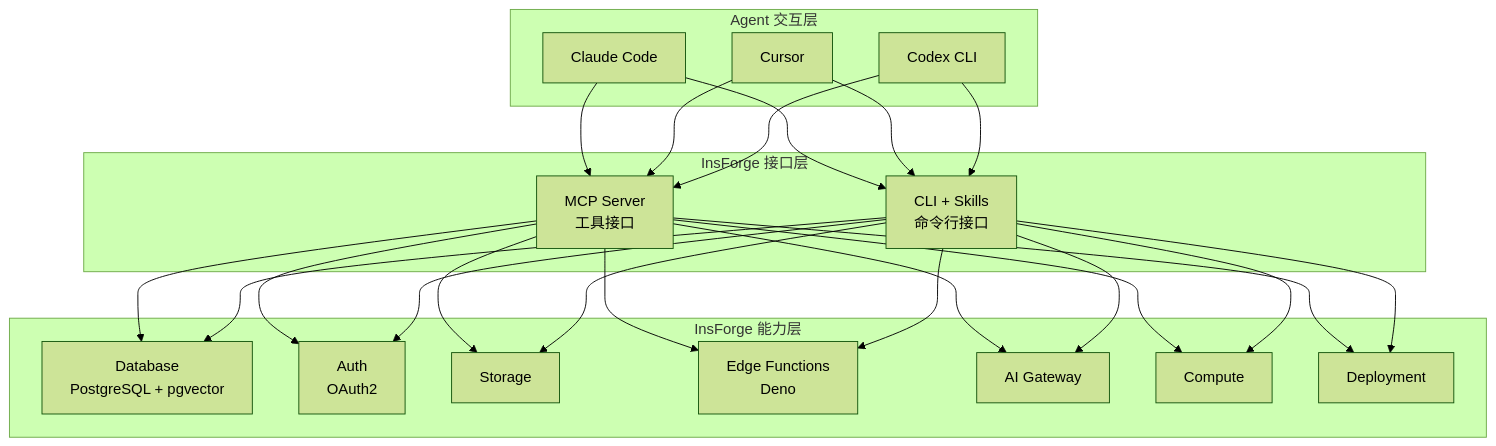
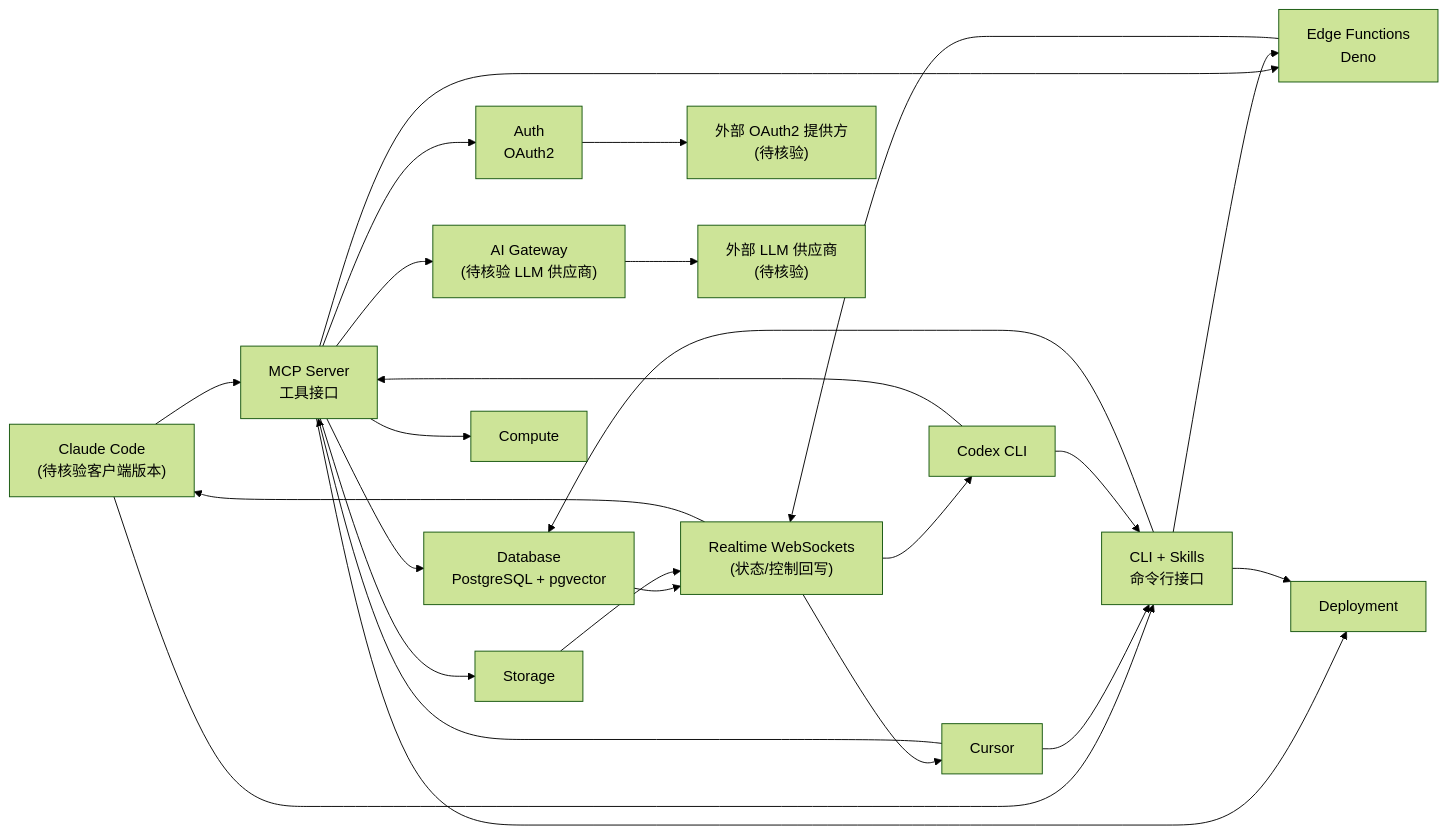
The diagram in projects/insforge.md (aiutil/github-researcher), drawn with Mermaid (forest theme) before and after one commit. The commit also changed other lines of this file and 939 other files, not shown here.

Commit message:
feat: add architect briefs and Mermaid project maps

````diff
--- a/projects/insforge.md
+++ b/projects/insforge.md
@@ -49,23 +62,46 @@
 ```mermaid
-graph TB
-    subgraph "Agent 交互层"
-        A1[Claude Code]
-        A2[Cursor]
-        A3[Codex CLI]
-    end
-    subgraph "InsForge 接口层"
-        B1[MCP Server<br/>工具接口]
-        B2[CLI + Skills<br/>命令行接口]
-    end
-    subgraph "InsForge 能力层"
-        C1[Database<br/>PostgreSQL + pgvector]
-        C2[Auth<br/>OAuth2]
-        C3[Storage]
-        C4[Edge Functions<br/>Deno]
-        C5[AI Gateway]
-        C6[Compute]
-        C7[Deployment]
-    end
-    A1 & A2 & A3 --> B1 & B2
-    B1 & B2 --> C1 & C2 & C3 & C4 & C5 & C6 & C7
+graph LR
+  A1["Claude Code<br/>(待核验客户端版本)"]
+  A2["Cursor"]
+  A3["Codex CLI"]
+  B1["MCP Server<br/>工具接口"]
+  B2["CLI + Skills<br/>命令行接口"]
+  C1["Database<br/>PostgreSQL + pgvector"]
+  C2["Auth<br/>OAuth2"]
+  C3["Storage"]
+  C4["Edge Functions<br/>Deno"]
+  C5["AI Gateway<br/>(待核验 LLM 供应商)"]
+  C6["Compute"]
+  C7["Deployment"]
+  D1["Realtime WebSockets<br/>(状态/控制回写)"]
+  E1["外部 OAuth2 提供方<br/>(待核验)"]
+  E2["外部 LLM 供应商<br/>(待核验)"]
+
+  A1 --> B1
+  A2 --> B1
+  A3 --> B1
+  A1 --> B2
+  A2 --> B2
+  A3 --> B2
+
+  B1 --> C1
+  B1 --> C2
+  B1 --> C3
+  B1 --> C4
+  B1 --> C5
+  B1 --> C6
+  B1 --> C7
+  B2 --> C1
+  B2 --> C4
+  B2 --> C7
+
+  C2 --> E1
+  C5 --> E2
+
+  C1 --> D1
+  C4 --> D1
+  C3 --> D1
+  D1 --> A1
+  D1 --> A2
+  D1 --> A3
 ```
````
